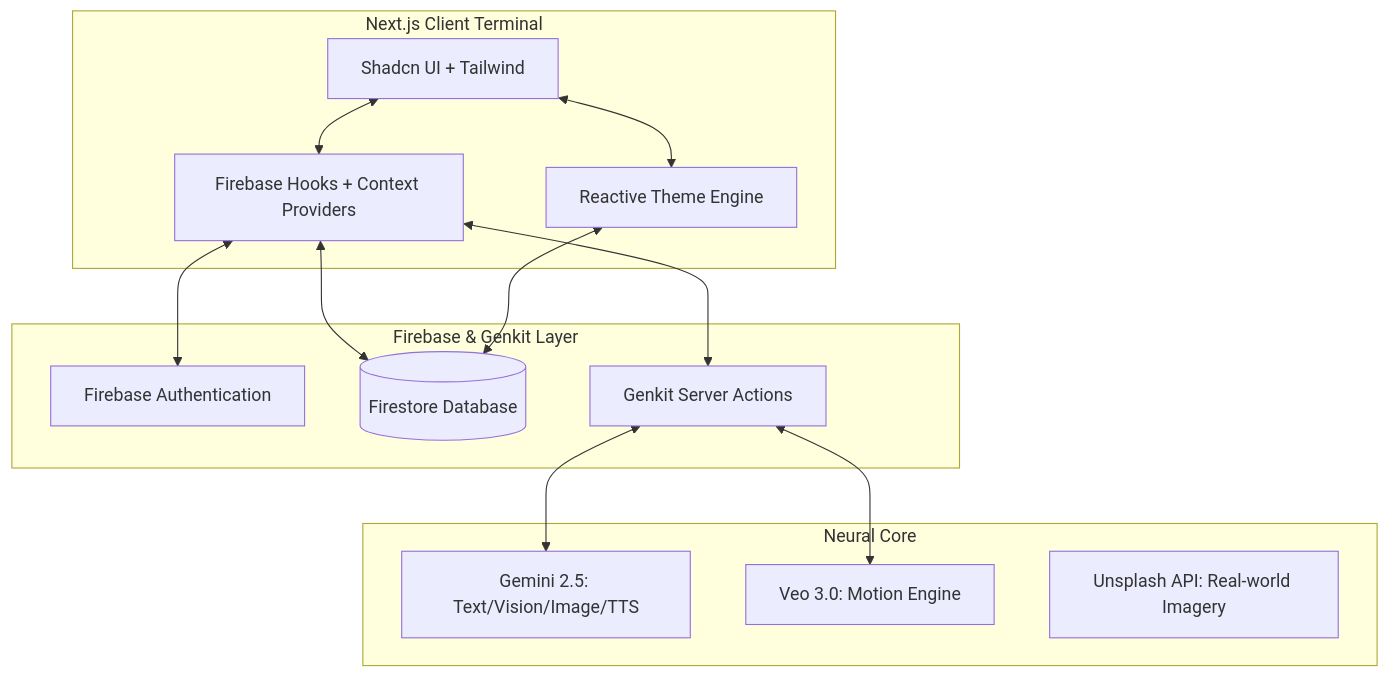
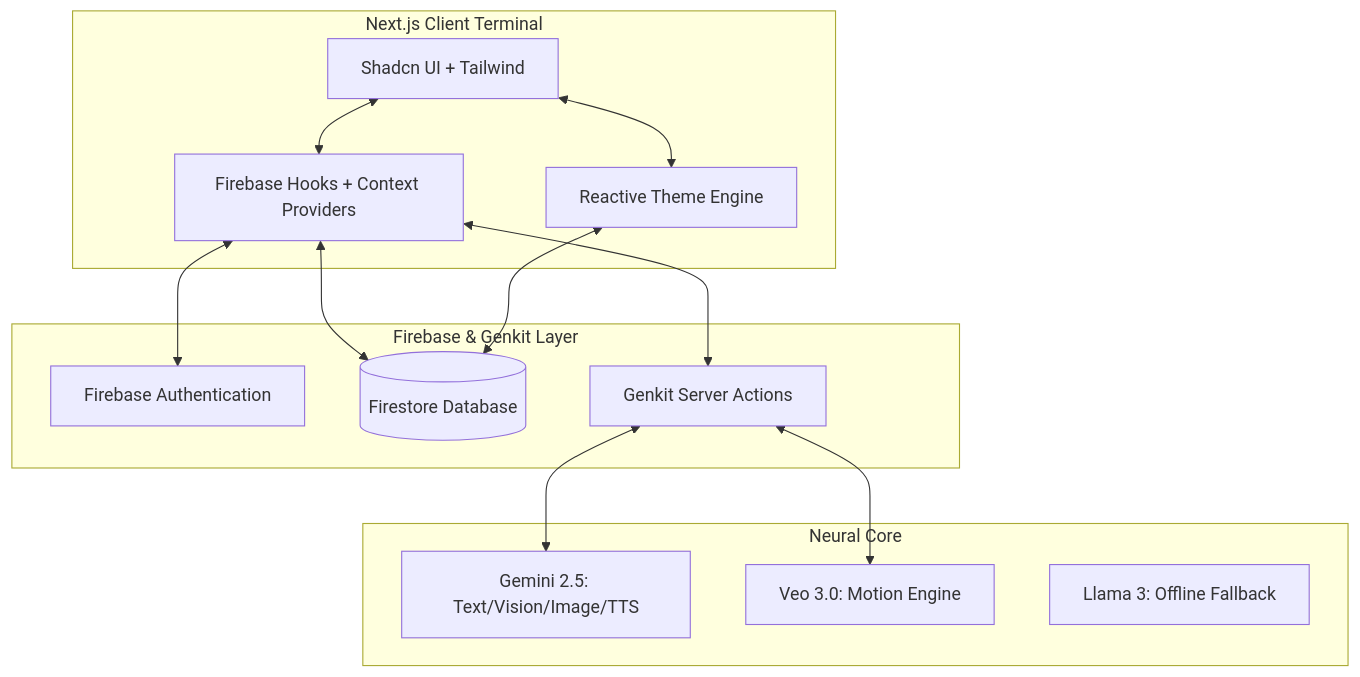
Before and after one commit to jndakola1/AIva: the diagram in README.md, drawn with Mermaid. The commit also changed other lines of this file and 2 other files, not shown here.

````diff
--- a/README.md
+++ b/README.md
@@ -29,29 +35,29 @@
 ```mermaid
 graph TD
     subgraph Frontend [Next.js Client Terminal]
         UI[Shadcn UI + Tailwind]
         Hooks[Firebase Hooks + Context Providers]
         Theme[Reactive Theme Engine]
     end
 
     subgraph Backend [Firebase & Genkit Layer]
         Auth[Firebase Authentication]
         DB[(Firestore Database)]
         GK[Genkit Server Actions]
     end
 
     subgraph AI_Engines [Neural Core]
         G25[Gemini 2.5: Text/Vision/Image/TTS]
         V3[Veo 3.0: Motion Engine]
-        Search[Unsplash API: Real-world Imagery]
+        Ollama[Llama 3: Offline Fallback]
     end
 
     UI <--> Hooks
     Hooks <--> Auth
     Hooks <--> DB
     Hooks <--> GK
     GK <--> G25
     GK <--> V3
     UI <--> Theme
     Theme <--> DB
 ```
````
